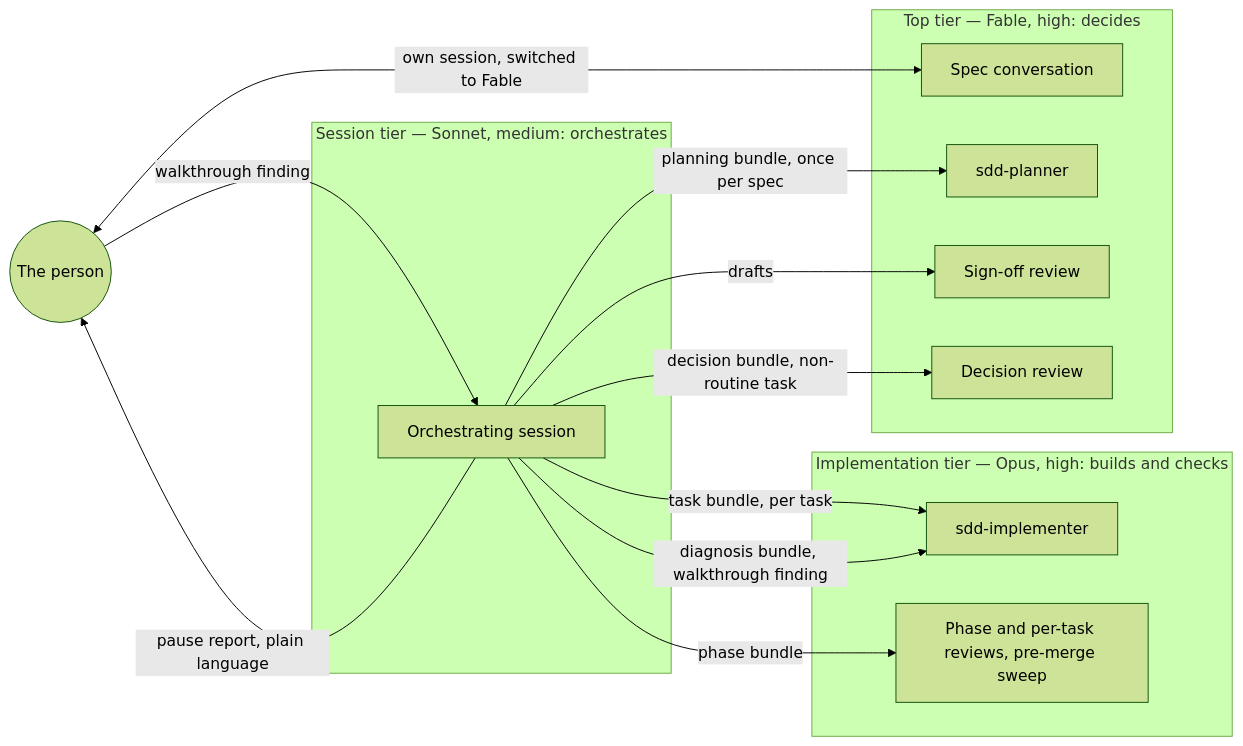
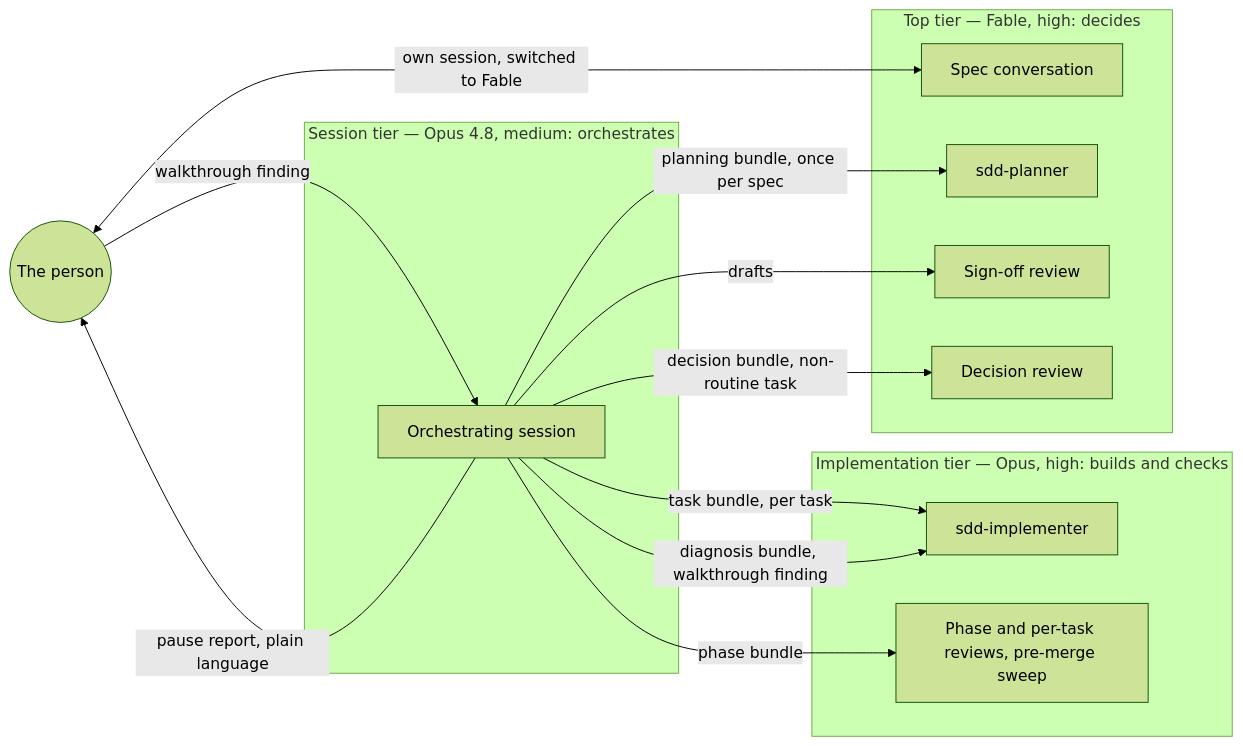
Before and after one commit to EHaake/SDD-Skill: the diagram in README.md, drawn with Mermaid (forest theme). The commit also changed other lines of this file and 6 other files, not shown here.

First line of the commit message:
Session tier is Opus 4.8; every session-ending pause ends with a continuation prompt

````diff
--- a/README.md
+++ b/README.md
@@ -72,26 +72,26 @@
 ```mermaid
 flowchart LR
     PERSON(("The person"))
     subgraph top["Top tier — Fable, high: decides"]
         SPEC["Spec conversation"]
         PLAN["sdd-planner"]
         SIGN["Sign-off review"]
         DEC["Decision review"]
     end
     subgraph impl["Implementation tier — Opus, high: builds and checks"]
         IMP["sdd-implementer"]
         REV["Phase and per-task reviews, pre-merge sweep"]
     end
-    subgraph sess["Session tier — Sonnet, medium: orchestrates"]
+    subgraph sess["Session tier — Opus 4.8, medium: orchestrates"]
         ORC["Orchestrating session"]
     end
     PERSON <-->|"own session, switched to Fable"| SPEC
     ORC -->|"planning bundle, once per spec"| PLAN
     ORC -->|"drafts"| SIGN
     ORC -->|"decision bundle, non-routine task"| DEC
     ORC -->|"task bundle, per task"| IMP
     ORC -->|"diagnosis bundle, walkthrough finding"| IMP
     ORC -->|"phase bundle"| REV
     ORC -->|"pause report, plain language"| PERSON
     PERSON -->|"walkthrough finding"| ORC
 ```
````
